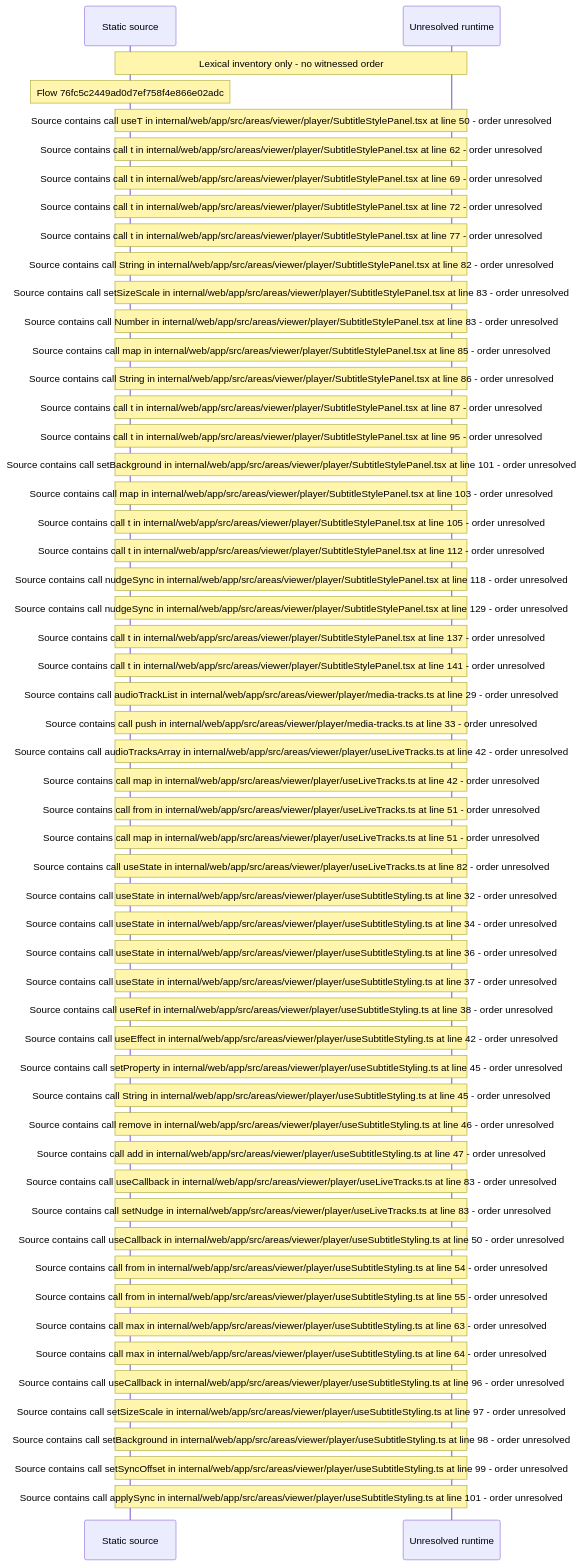
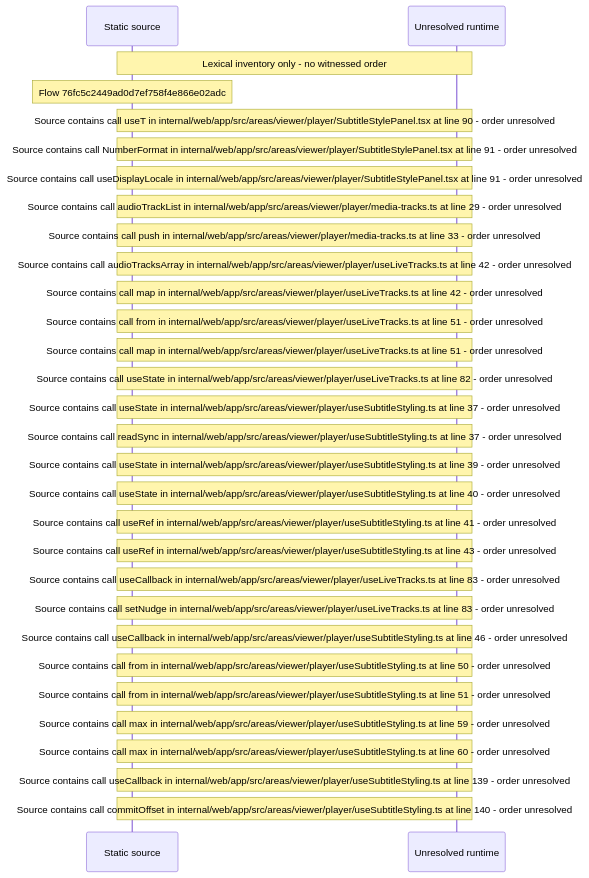
Before and after one commit to beamfall/core: the diagram in docs/web/flows/generated/76fc5c2449ad0d7ef758f4e866e02adc/flow-diagram.md, drawn with Mermaid. The commit also changed other lines of this file and 714 other files, not shown here.

Commit message:
Regenerate the web flow record on the batch 5 head (CORE-1762)

````diff
--- a/docs/web/flows/generated/76fc5c2449ad0d7ef758f4e866e02adc/flow-diagram.md
+++ b/docs/web/flows/generated/76fc5c2449ad0d7ef758f4e866e02adc/flow-diagram.md
@@ -10,56 +10,32 @@
 ```mermaid
 sequenceDiagram
     participant S as Static source
     participant U as Unresolved runtime
     Note over S,U: Lexical inventory only - no witnessed order
     Note over S: Flow 76fc5c2449ad0d7ef758f4e866e02adc
-    Note over S,U: Source contains call useT in internal/web/app/src/areas/viewer/player/SubtitleStylePanel.tsx at line 50 - order unresolved
-    Note over S,U: Source contains call t in internal/web/app/src/areas/viewer/player/SubtitleStylePanel.tsx at line 62 - order unresolved
-    Note over S,U: Source contains call t in internal/web/app/src/areas/viewer/player/SubtitleStylePanel.tsx at line 69 - order unresolved
-    Note over S,U: Source contains call t in internal/web/app/src/areas/viewer/player/SubtitleStylePanel.tsx at line 72 - order unresolved
-    Note over S,U: Source contains call t in internal/web/app/src/areas/viewer/player/SubtitleStylePanel.tsx at line 77 - order unresolved
-    Note over S,U: Source contains call String in internal/web/app/src/areas/viewer/player/SubtitleStylePanel.tsx at line 82 - order unresolved
-    Note over S,U: Source contains call setSizeScale in internal/web/app/src/areas/viewer/player/SubtitleStylePanel.tsx at line 83 - order unresolved
-    Note over S,U: Source contains call Number in internal/web/app/src/areas/viewer/player/SubtitleStylePanel.tsx at line 83 - order unresolved
-    Note over S,U: Source contains call map in internal/web/app/src/areas/viewer/player/SubtitleStylePanel.tsx at line 85 - order unresolved
-    Note over S,U: Source contains call String in internal/web/app/src/areas/viewer/player/SubtitleStylePanel.tsx at line 86 - order unresolved
-    Note over S,U: Source contains call t in internal/web/app/src/areas/viewer/player/SubtitleStylePanel.tsx at line 87 - order unresolved
-    Note over S,U: Source contains call t in internal/web/app/src/areas/viewer/player/SubtitleStylePanel.tsx at line 95 - order unresolved
-    Note over S,U: Source contains call setBackground in internal/web/app/src/areas/viewer/player/SubtitleStylePanel.tsx at line 101 - order unresolved
-    Note over S,U: Source contains call map in internal/web/app/src/areas/viewer/player/SubtitleStylePanel.tsx at line 103 - order unresolved
-    Note over S,U: Source contains call t in internal/web/app/src/areas/viewer/player/SubtitleStylePanel.tsx at line 105 - order unresolved
-    Note over S,U: Source contains call t in internal/web/app/src/areas/viewer/player/SubtitleStylePanel.tsx at line 112 - order unresolved
-    Note over S,U: Source contains call nudgeSync in internal/web/app/src/areas/viewer/player/SubtitleStylePanel.tsx at line 118 - order unresolved
-    Note over S,U: Source contains call nudgeSync in internal/web/app/src/areas/viewer/player/SubtitleStylePanel.tsx at line 129 - order unresolved
-    Note over S,U: Source contains call t in internal/web/app/src/areas/viewer/player/SubtitleStylePanel.tsx at line 137 - order unresolved
-    Note over S,U: Source contains call t in internal/web/app/src/areas/viewer/player/SubtitleStylePanel.tsx at line 141 - order unresolved
+    Note over S,U: Source contains call useT in internal/web/app/src/areas/viewer/player/SubtitleStylePanel.tsx at line 90 - order unresolved
+    Note over S,U: Source contains call NumberFormat in internal/web/app/src/areas/viewer/player/SubtitleStylePanel.tsx at line 91 - order unresolved
+    Note over S,U: Source contains call useDisplayLocale in internal/web/app/src/areas/viewer/player/SubtitleStylePanel.tsx at line 91 - order unresolved
     Note over S,U: Source contains call audioTrackList in internal/web/app/src/areas/viewer/player/media-tracks.ts at line 29 - order unresolved
     Note over S,U: Source contains call push in internal/web/app/src/areas/viewer/player/media-tracks.ts at line 33 - order unresolved
     Note over S,U: Source contains call audioTracksArray in internal/web/app/src/areas/viewer/player/useLiveTracks.ts at line 42 - order unresolved
     Note over S,U: Source contains call map in internal/web/app/src/areas/viewer/player/useLiveTracks.ts at line 42 - order unresolved
     Note over S,U: Source contains call from in internal/web/app/src/areas/viewer/player/useLiveTracks.ts at line 51 - order unresolved
     Note over S,U: Source contains call map in internal/web/app/src/areas/viewer/player/useLiveTracks.ts at line 51 - order unresolved
     Note over S,U: Source contains call useState in internal/web/app/src/areas/viewer/player/useLiveTracks.ts at line 82 - order unresolved
-    Note over S,U: Source contains call useState in internal/web/app/src/areas/viewer/player/useSubtitleStyling.ts at line 32 - order unresolved
-    Note over S,U: Source contains call useState in internal/web/app/src/areas/viewer/player/useSubtitleStyling.ts at line 34 - order unresolved
-    Note over S,U: Source contains call useState in internal/web/app/src/areas/viewer/player/useSubtitleStyling.ts at line 36 - order unresolved
     Note over S,U: Source contains call useState in internal/web/app/src/areas/viewer/player/useSubtitleStyling.ts at line 37 - order unresolved
-    Note over S,U: Source contains call useRef in internal/web/app/src/areas/viewer/player/useSubtitleStyling.ts at line 38 - order unresolved
-    Note over S,U: Source contains call useEffect in internal/web/app/src/areas/viewer/player/useSubtitleStyling.ts at line 42 - order unresolved
-    Note over S,U: Source contains call setProperty in internal/web/app/src/areas/viewer/player/useSubtitleStyling.ts at line 45 - order unresolved
-    Note over S,U: Source contains call String in internal/web/app/src/areas/viewer/player/useSubtitleStyling.ts at line 45 - order unresolved
-    Note over S,U: Source contains call remove in internal/web/app/src/areas/viewer/player/useSubtitleStyling.ts at line 46 - order unresolved
-    Note over S,U: Source contains call add in internal/web/app/src/areas/viewer/player/useSubtitleStyling.ts at line 47 - order unresolved
+    Note over S,U: Source contains call readSync in internal/web/app/src/areas/viewer/player/useSubtitleStyling.ts at line 37 - order unresolved
+    Note over S,U: Source contains call useState in internal/web/app/src/areas/viewer/player/useSubtitleStyling.ts at line 39 - order unresolved
+    Note over S,U: Source contains call useState in internal/web/app/src/areas/viewer/player/useSubtitleStyling.ts at line 40 - order unresolved
+    Note over S,U: Source contains call useRef in internal/web/app/src/areas/viewer/player/useSubtitleStyling.ts at line 41 - order unresolved
+    Note over S,U: Source contains call useRef in internal/web/app/src/areas/viewer/player/useSubtitleStyling.ts at line 43 - order unresolved
     Note over S,U: Source contains call useCallback in internal/web/app/src/areas/viewer/player/useLiveTracks.ts at line 83 - order unresolved
     Note over S,U: Source contains call setNudge in internal/web/app/src/areas/viewer/player/useLiveTracks.ts at line 83 - order unresolved
-    Note over S,U: Source contains call useCallback in internal/web/app/src/areas/viewer/player/useSubtitleStyling.ts at line 50 - order unresolved
-    Note over S,U: Source contains call from in internal/web/app/src/areas/viewer/player/useSubtitleStyling.ts at line 54 - order unresolved
-    Note over S,U: Source contains call from in internal/web/app/src/areas/viewer/player/useSubtitleStyling.ts at line 55 - order unresolved
-    Note over S,U: Source contains call max in internal/web/app/src/areas/viewer/player/useSubtitleStyling.ts at line 63 - order unresolved
-    Note over S,U: Source contains call max in internal/web/app/src/areas/viewer/player/useSubtitleStyling.ts at line 64 - order unresolved
-    Note over S,U: Source contains call useCallback in internal/web/app/src/areas/viewer/player/useSubtitleStyling.ts at line 96 - order unresolved
-    Note over S,U: Source contains call setSizeScale in internal/web/app/src/areas/viewer/player/useSubtitleStyling.ts at line 97 - order unresolved
-    Note over S,U: Source contains call setBackground in internal/web/app/src/areas/viewer/player/useSubtitleStyling.ts at line 98 - order unresolved
-    Note over S,U: Source contains call setSyncOffset in internal/web/app/src/areas/viewer/player/useSubtitleStyling.ts at line 99 - order unresolved
-    Note over S,U: Source contains call applySync in internal/web/app/src/areas/viewer/player/useSubtitleStyling.ts at line 101 - order unresolved
+    Note over S,U: Source contains call useCallback in internal/web/app/src/areas/viewer/player/useSubtitleStyling.ts at line 46 - order unresolved
+    Note over S,U: Source contains call from in internal/web/app/src/areas/viewer/player/useSubtitleStyling.ts at line 50 - order unresolved
+    Note over S,U: Source contains call from in internal/web/app/src/areas/viewer/player/useSubtitleStyling.ts at line 51 - order unresolved
+    Note over S,U: Source contains call max in internal/web/app/src/areas/viewer/player/useSubtitleStyling.ts at line 59 - order unresolved
+    Note over S,U: Source contains call max in internal/web/app/src/areas/viewer/player/useSubtitleStyling.ts at line 60 - order unresolved
+    Note over S,U: Source contains call useCallback in internal/web/app/src/areas/viewer/player/useSubtitleStyling.ts at line 139 - order unresolved
+    Note over S,U: Source contains call commitOffset in internal/web/app/src/areas/viewer/player/useSubtitleStyling.ts at line 140 - order unresolved
 ```
````
